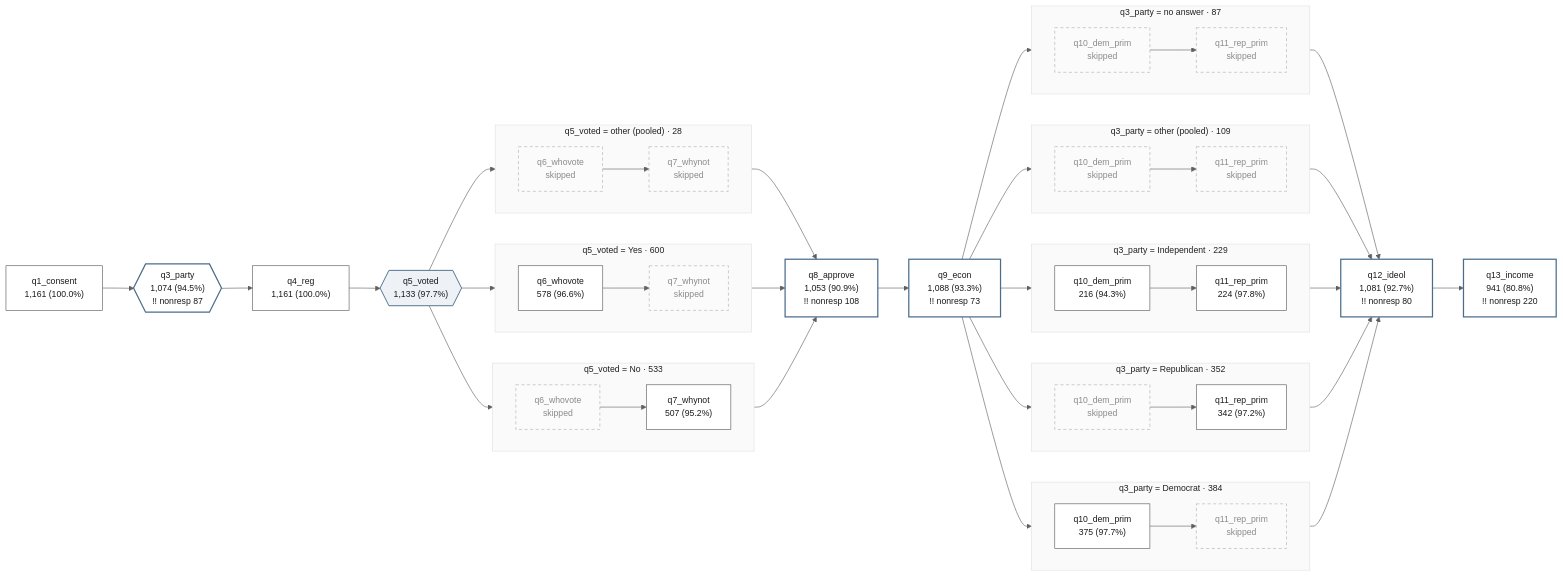
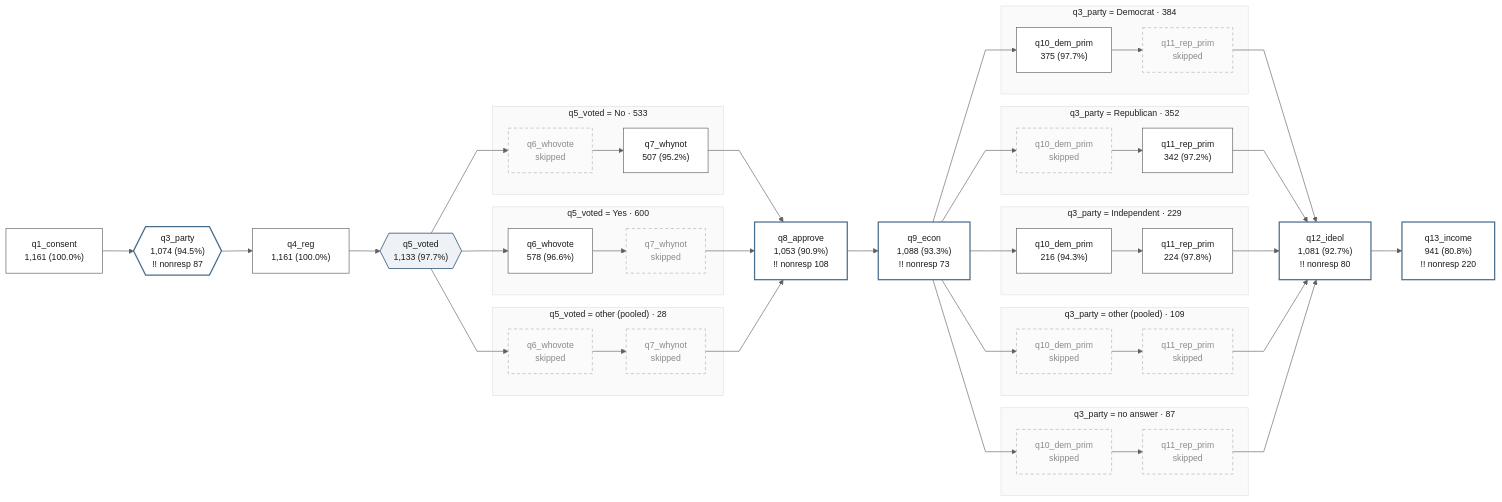
One commit to ericabooth/surveymap-stata-public changed the diagram in gallery/g_map.mmd. Above: the diagram before and after it, drawn with Mermaid. The commit also changed 30 other files, not shown here.

```diff
--- a/gallery/g_map.mmd
+++ b/gallery/g_map.mmd
@@ -1,91 +1,83 @@
-%%{init: {'theme':'base','themeVariables':{'fontFamily':'Helvetica, Arial, sans-serif','fontSize':'14px','primaryColor':'#ffffff','primaryTextColor':'#202020','primaryBorderColor':'#606060','lineColor':'#606060','secondaryColor':'#f4f4f4','tertiaryColor':'#fafafa','edgeLabelBackground':'#ffffff','titleColor':'#202020'}}}%%
-%% surveymap _sm_rendertext 0.1.0 - journal g_branched.tsv - rendered 24 Aug 2026 04:33:24 - Stata 19.5 MP
+%%{init: {'theme':'base','themeVariables':{'fontFamily':'Helvetica, Arial, sans-serif','fontSize':'14px','primaryColor':'#ffffff','primaryTextColor':'#202020','primaryBorderColor':'#606060','lineColor':'#606060','secondaryColor':'#f4f4f4','tertiaryColor':'#fafafa','edgeLabelBackground':'#ffffff','titleColor':'#202020'},'flowchart':{'curve':'linear'}}}%%
+%% surveymap _sm_rendertext 0.1.0 - journal g_branched.tsv - rendered 24 Aug 2026 05:05:40 - Stata 19.5 MP
 flowchart LR
   accTitle: surveymap flow of g_branched.tsv
   accDescr {
     1,161 respondents, 12 items, 2 gates. Items run left to right in questionnaire order; a gate fans the sample into lanes that rejoin the spine at the end of its segment. A dashed node is a cell the lane was routed around. Two exclamation marks flag a warning. Counts are unweighted and percentages are weighted.
   }
   classDef default fill:#ffffff,stroke:#5a5a5a,color:#1a1a1a,stroke-width:1px;
   classDef smghost fill:#fbfbfb,stroke:#b0b0b0,stroke-dasharray: 5 4,color:#8a8a8a,stroke-width:1px;
   classDef smwarn fill:#ffffff,stroke:#4a6d8c,stroke-width:2px,color:#1a1a1a;
   classDef smgate fill:#eef2f6,stroke:#4a6d8c,stroke-width:1.5px,color:#1a1a1a;
   n1["q1_consent<br/>1,161 (100.0%)"]
   n2{{"q3_party<br/>1,074 (94.5%)<br/>!! nonresp 87"}}
   n3["q4_reg<br/>1,161 (100.0%)"]
   n4{{"q5_voted<br/>1,133 (97.7%)"}}
   subgraph SG4x1["q5_voted = No · 533"]
-    direction LR
   n5v1["q6_whovote<br/>skipped"]
   n6v1["q7_whynot<br/>507 (95.2%)"]
   end
   subgraph SG4x2["q5_voted = Yes · 600"]
-    direction LR
   n5v2["q6_whovote<br/>578 (96.6%)"]
   n6v2["q7_whynot<br/>skipped"]
   end
   subgraph SG4x3["q5_voted = other (pooled) · 28"]
-    direction LR
   n5v3["q6_whovote<br/>skipped"]
   n6v3["q7_whynot<br/>skipped"]
   end
   n7["q8_approve<br/>1,053 (90.9%)<br/>!! nonresp 108"]
   n8["q9_econ<br/>1,088 (93.3%)<br/>!! nonresp 73"]
   subgraph SG2x1["q3_party = Democrat · 384"]
-    direction LR
   n9v1["q10_dem_prim<br/>375 (97.7%)"]
   n10v1["q11_rep_prim<br/>skipped"]
   end
   subgraph SG2x2["q3_party = Republican · 352"]
-    direction LR
   n9v2["q10_dem_prim<br/>skipped"]
   n10v2["q11_rep_prim<br/>342 (97.2%)"]
   end
   subgraph SG2x3["q3_party = Independent · 229"]
-    direction LR
   n9v3["q10_dem_prim<br/>216 (94.3%)"]
   n10v3["q11_rep_prim<br/>224 (97.8%)"]
   end
   subgraph SG2x4["q3_party = other (pooled) · 109"]
-    direction LR
   n9v4["q10_dem_prim<br/>skipped"]
   n10v4["q11_rep_prim<br/>skipped"]
   end
   subgraph SG2x5["q3_party = no answer · 87"]
-    direction LR
   n9v5["q10_dem_prim<br/>skipped"]
   n10v5["q11_rep_prim<br/>skipped"]
   end
   n11["q12_ideol<br/>1,081 (92.7%)<br/>!! nonresp 80"]
   n12["q13_income<br/>941 (80.8%)<br/>!! nonresp 220"]
   n1 --> n2
   n2 --> n3
   n3 --> n4
   n4 --> n5v1
   n5v1 --> n6v1
   n6v1 --> n7
   n4 --> n5v2
   n5v2 --> n6v2
   n6v2 --> n7
   n4 --> n5v3
   n5v3 --> n6v3
   n6v3 --> n7
   n7 --> n8
   n8 --> n9v1
   n9v1 --> n10v1
   n10v1 --> n11
   n8 --> n9v2
   n9v2 --> n10v2
   n10v2 --> n11
   n8 --> n9v3
   n9v3 --> n10v3
   n10v3 --> n11
   n8 --> n9v4
   n9v4 --> n10v4
   n10v4 --> n11
   n8 --> n9v5
   n9v5 --> n10v5
   n10v5 --> n11
   n11 --> n12
   class n4 smgate;
   class n5v1,n6v2,n5v3,n6v3,n10v1,n9v2,n9v4,n10v4,n9v5,n10v5 smghost;
   class n2,n7,n8,n11,n12 smwarn;
```
